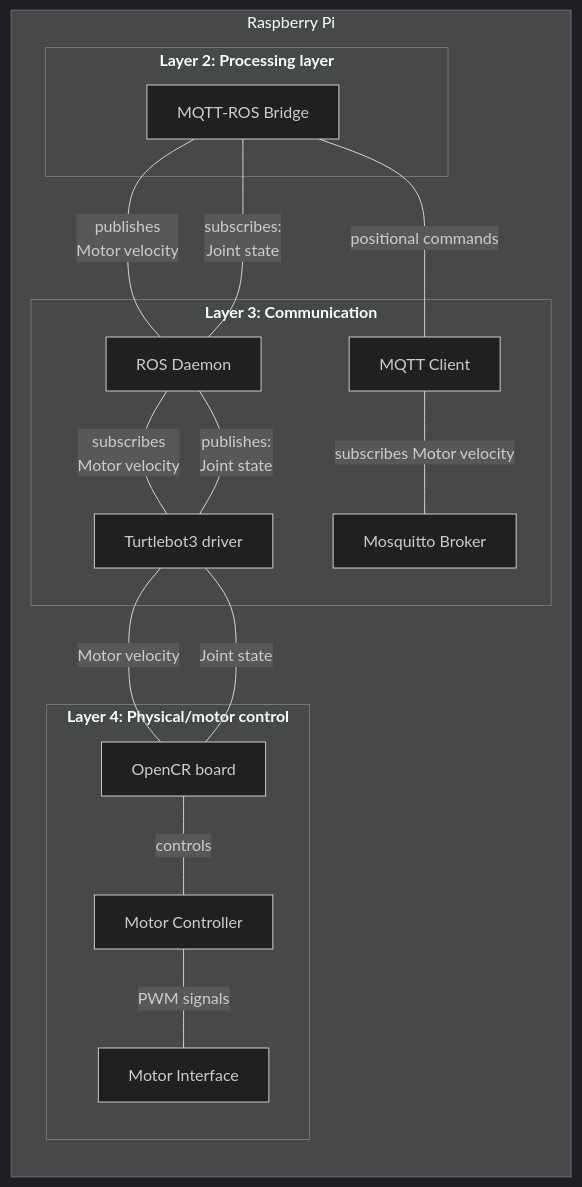
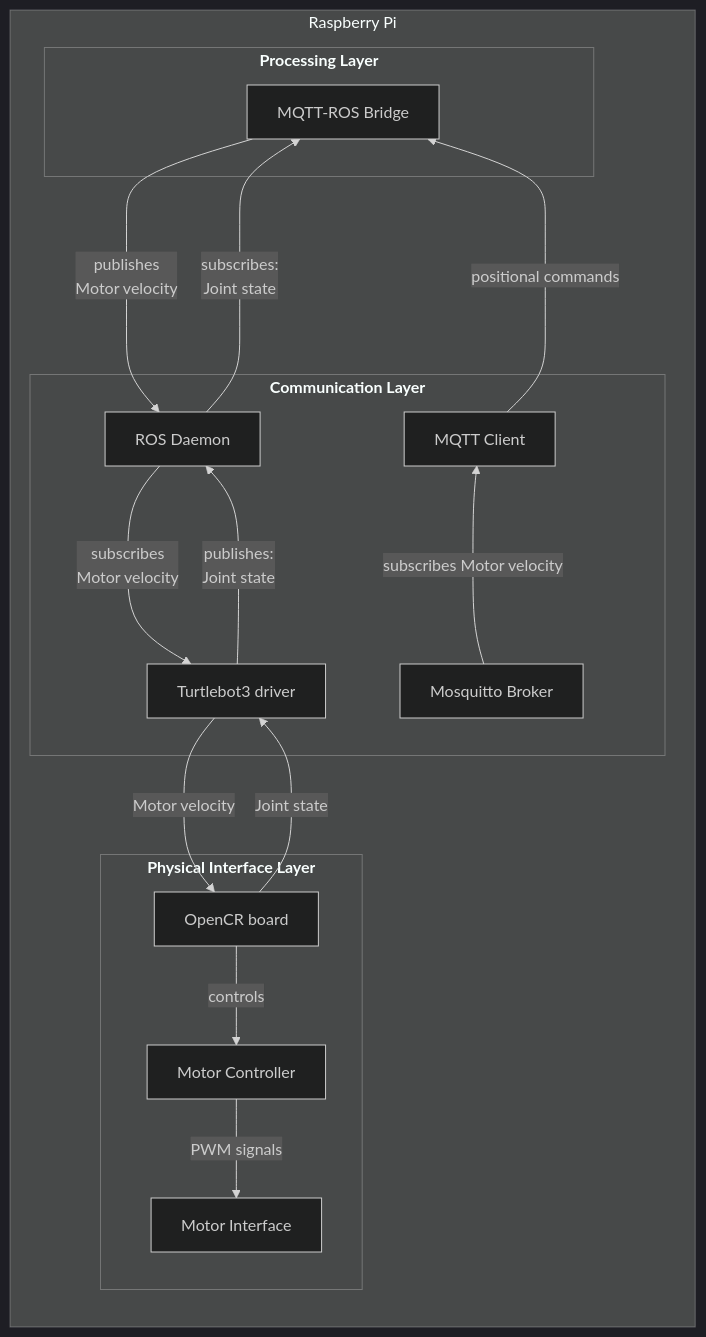
One commit to Lukas4314/3-Semester-project changed the diagram in mermaidCharts/rpi.mmd. Above: the diagram before and after it, drawn with Mermaid (dark theme). The commit also changed 8 other files, not shown here.

Commit message:
changed charts to have arrows, also looked at down to system setup

```diff
--- a/mermaidCharts/rpi.mmd
+++ b/mermaidCharts/rpi.mmd
@@ -1,31 +1,39 @@
 flowchart LR
     subgraph RPI[Raspberry Pi]
         
-        subgraph L1[<b>Layer 4: Physical/motor control</b>]
+        subgraph L1[<b>Physical Interface Layer</b>]
             
             
             PI_Board[OpenCR board]
             PI_MC[Motor Controller]
             PI_Mot[Motor Interface]
-            PI_Board -- "controls" --- PI_MC -- "PWM signals" --- PI_Mot
+            PI_Board -- "controls" --> PI_MC -- "PWM signals" --> PI_Mot
         end
-        subgraph L2[<b>Layer 3: Communication</b>]
+        subgraph L2[<b>Communication Layer</b>]
             PI_OPENCR[Turtlebot3 driver]
             PI_MQTT[Mosquitto Broker]
             PI_ROS[ROS Daemon]
             PI_Client[MQTT Client]
         end
-        subgraph L3[<b>Layer 2: Processing layer</b>]
+        subgraph L3[<b>Processing Layer</b>]
             
             PI_Bridge[MQTT-ROS Bridge]
         end
     end
-    PI_OPENCR -- "Motor velocity" --- PI_Board
-    PI_Client -- "subscribes Motor velocity" --- PI_MQTT
-    PI_Bridge -- "positional commands" --- PI_Client
-    PI_Bridge -- "publishes <br> Motor velocity" --- PI_ROS
-    PI_ROS -- "subscribes <br> Motor velocity" --- PI_OPENCR
 
-    PI_Bridge -- "subscribes: <br> Joint state" --- PI_ROS
-    PI_ROS -- "publishes: <br> Joint state" --- PI_OPENCR
-    PI_OPENCR -- "Joint state" --- PI_Board
+    L2 ~~~~~~ L3
+    
+    PI_OPENCR -- "Motor velocity" --> PI_Board
+    PI_Client ~~~~
+    PI_MQTT -- "subscribes Motor velocity" --> PI_Client
+    PI_MQTT ~~~~ 
+    PI_Client -- "positional commands" --> PI_Bridge
+    PI_Bridge ~~~~ PI_Client
+    PI_Bridge -- "publishes <br> Motor velocity" --> PI_ROS
+
+    PI_ROS -- "subscribes <br> Motor velocity" --> PI_OPENCR
+    
+    PI_ROS -- "subscribes: <br> Joint state" --> PI_Bridge 
+
+    PI_OPENCR-- "publishes: <br> Joint state" --> PI_ROS 
+    PI_Board -- "Joint state" --> PI_OPENCR
```
